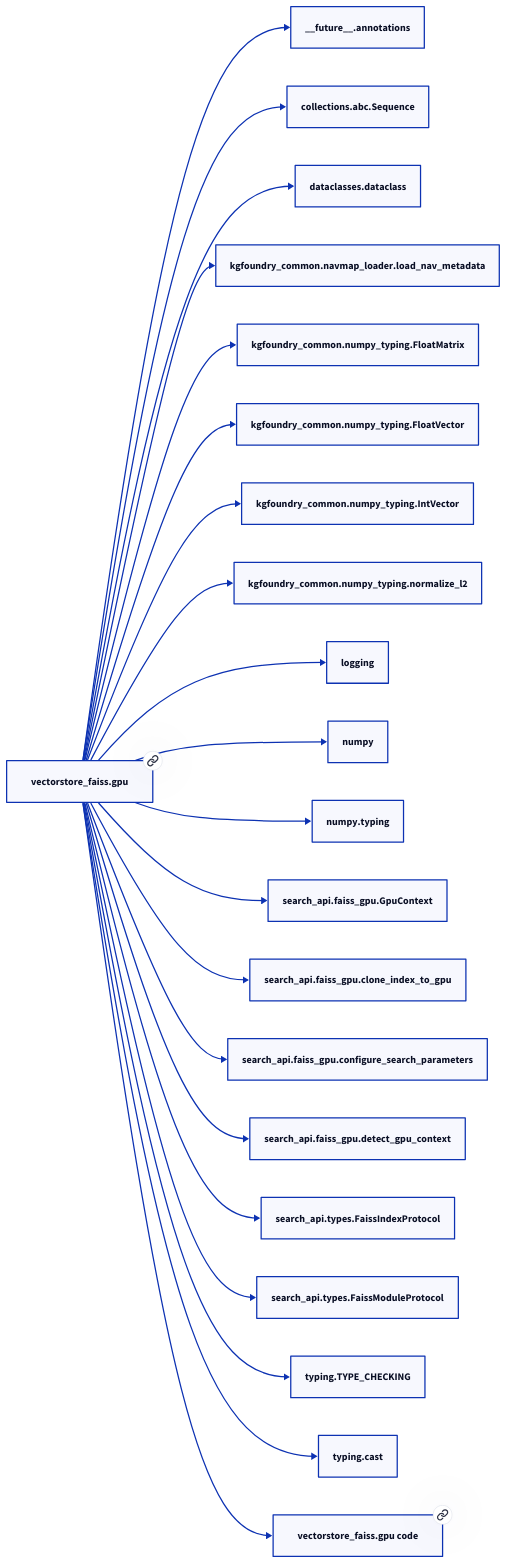
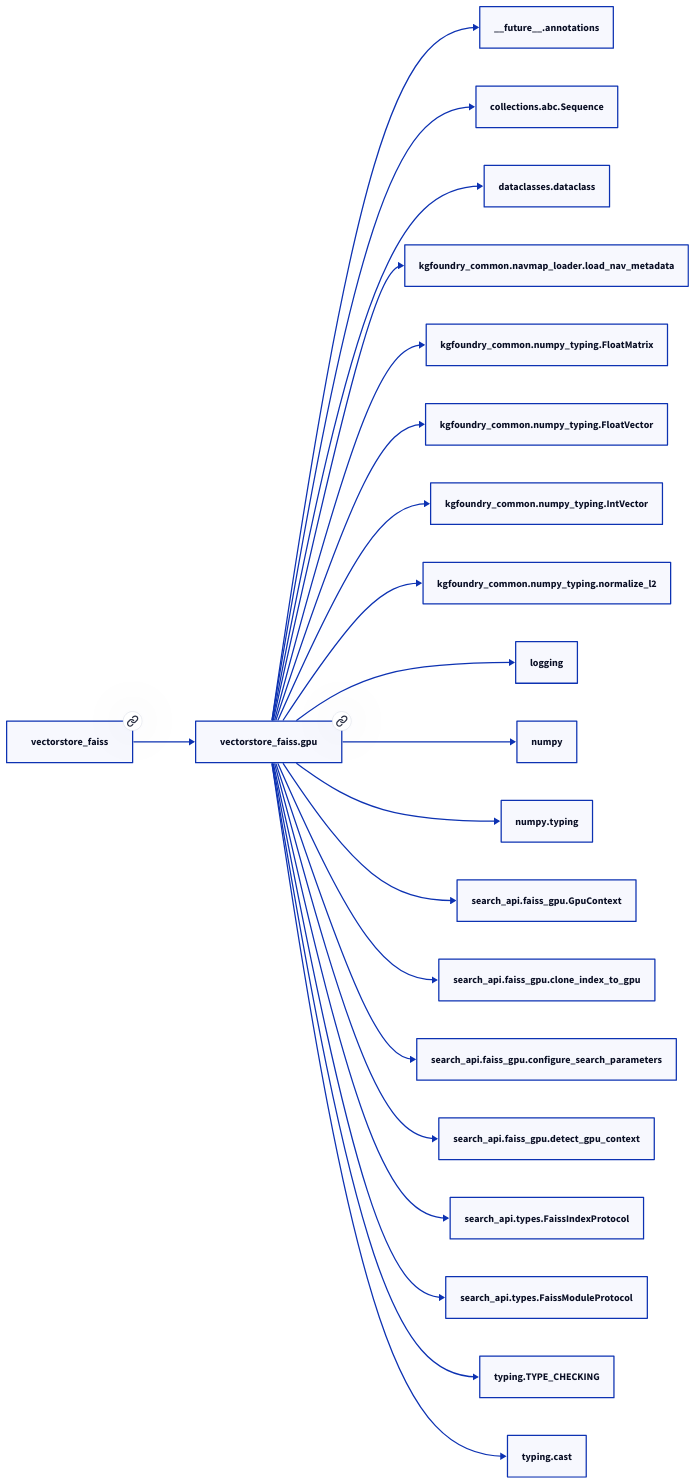
The second of 2 diagrams in docs/modules/vectorstore_faiss/gpu.md (paul-heyse/kgforge), drawn with D2 before and after one commit. The commit also changed other lines of this file and 208 other files, not shown here.

````diff
--- a/docs/modules/vectorstore_faiss/gpu.md
+++ b/docs/modules/vectorstore_faiss/gpu.md
@@ -34,44 +38,44 @@
 ```d2
 direction: right
-"vectorstore_faiss.gpu": "vectorstore_faiss.gpu" { link: "./vectorstore_faiss/gpu.md" }
+"vectorstore_faiss.gpu": "vectorstore_faiss.gpu" { link: "https://github.com/paul-heyse/kgfoundry/blob/main/src/vectorstore_faiss/gpu.py" }
 "__future__.annotations": "__future__.annotations"
 "vectorstore_faiss.gpu" -> "__future__.annotations"
 "collections.abc.Sequence": "collections.abc.Sequence"
 "vectorstore_faiss.gpu" -> "collections.abc.Sequence"
 "dataclasses.dataclass": "dataclasses.dataclass"
 "vectorstore_faiss.gpu" -> "dataclasses.dataclass"
 "kgfoundry_common.navmap_loader.load_nav_metadata": "kgfoundry_common.navmap_loader.load_nav_metadata"
 "vectorstore_faiss.gpu" -> "kgfoundry_common.navmap_loader.load_nav_metadata"
 "kgfoundry_common.numpy_typing.FloatMatrix": "kgfoundry_common.numpy_typing.FloatMatrix"
 "vectorstore_faiss.gpu" -> "kgfoundry_common.numpy_typing.FloatMatrix"
 "kgfoundry_common.numpy_typing.FloatVector": "kgfoundry_common.numpy_typing.FloatVector"
 "vectorstore_faiss.gpu" -> "kgfoundry_common.numpy_typing.FloatVector"
 "kgfoundry_common.numpy_typing.IntVector": "kgfoundry_common.numpy_typing.IntVector"
 "vectorstore_faiss.gpu" -> "kgfoundry_common.numpy_typing.IntVector"
 "kgfoundry_common.numpy_typing.normalize_l2": "kgfoundry_common.numpy_typing.normalize_l2"
 "vectorstore_faiss.gpu" -> "kgfoundry_common.numpy_typing.normalize_l2"
 "logging": "logging"
 "vectorstore_faiss.gpu" -> "logging"
 "numpy": "numpy"
 "vectorstore_faiss.gpu" -> "numpy"
 "numpy.typing": "numpy.typing"
 "vectorstore_faiss.gpu" -> "numpy.typing"
 "search_api.faiss_gpu.GpuContext": "search_api.faiss_gpu.GpuContext"
 "vectorstore_faiss.gpu" -> "search_api.faiss_gpu.GpuContext"
 "search_api.faiss_gpu.clone_index_to_gpu": "search_api.faiss_gpu.clone_index_to_gpu"
 "vectorstore_faiss.gpu" -> "search_api.faiss_gpu.clone_index_to_gpu"
 "search_api.faiss_gpu.configure_search_parameters": "search_api.faiss_gpu.configure_search_parameters"
 "vectorstore_faiss.gpu" -> "search_api.faiss_gpu.configure_search_parameters"
 "search_api.faiss_gpu.detect_gpu_context": "search_api.faiss_gpu.detect_gpu_context"
 "vectorstore_faiss.gpu" -> "search_api.faiss_gpu.detect_gpu_context"
 "search_api.types.FaissIndexProtocol": "search_api.types.FaissIndexProtocol"
 "vectorstore_faiss.gpu" -> "search_api.types.FaissIndexProtocol"
 "search_api.types.FaissModuleProtocol": "search_api.types.FaissModuleProtocol"
 "vectorstore_faiss.gpu" -> "search_api.types.FaissModuleProtocol"
 "typing.TYPE_CHECKING": "typing.TYPE_CHECKING"
 "vectorstore_faiss.gpu" -> "typing.TYPE_CHECKING"
 "typing.cast": "typing.cast"
 "vectorstore_faiss.gpu" -> "typing.cast"
-"vectorstore_faiss.gpu_code": "vectorstore_faiss.gpu code" { link: "https://github.com/kgfoundry/kgfoundry/blob/main/src/vectorstore_faiss/gpu.py" }
-"vectorstore_faiss.gpu" -> "vectorstore_faiss.gpu_code" { style: dashed }
+"vectorstore_faiss": "vectorstore_faiss" { link: "https://github.com/paul-heyse/kgfoundry/blob/main/src/vectorstore_faiss/__init__.py" }
+"vectorstore_faiss" -> "vectorstore_faiss.gpu" { style: dashed }
 ```
````
